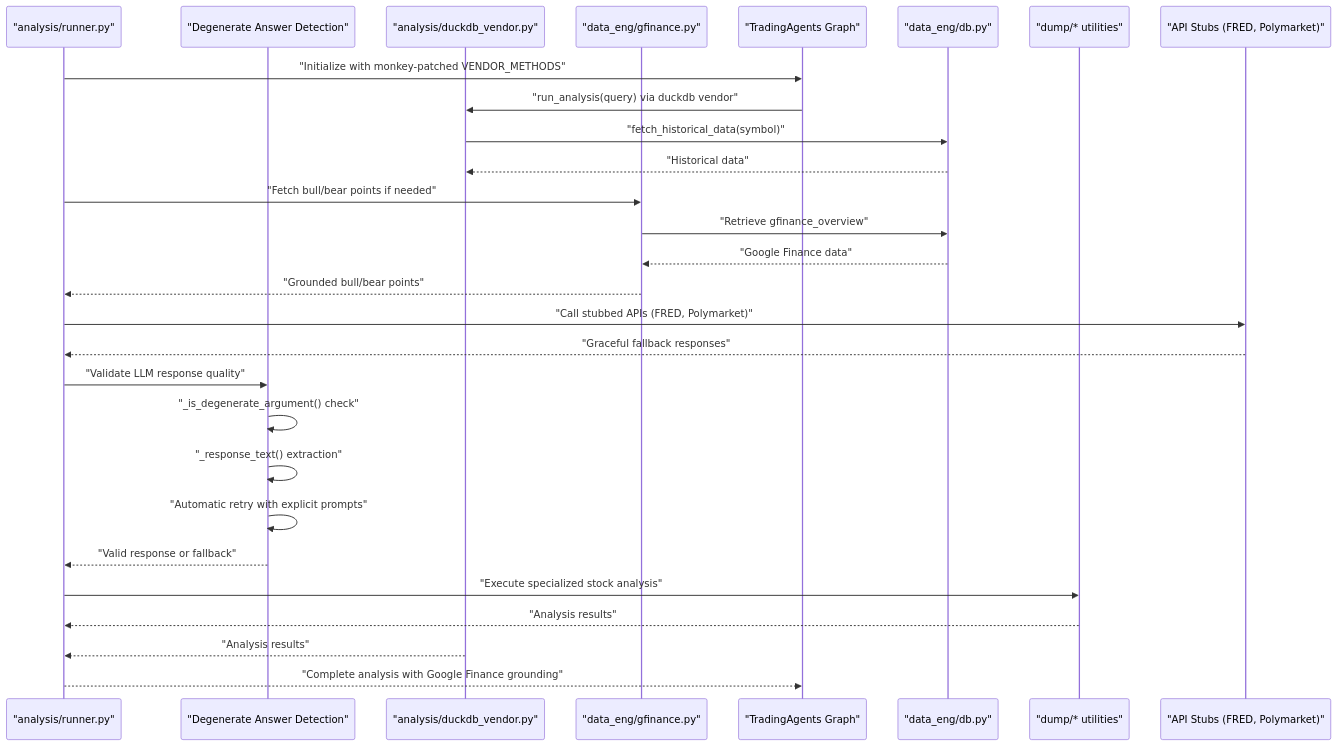
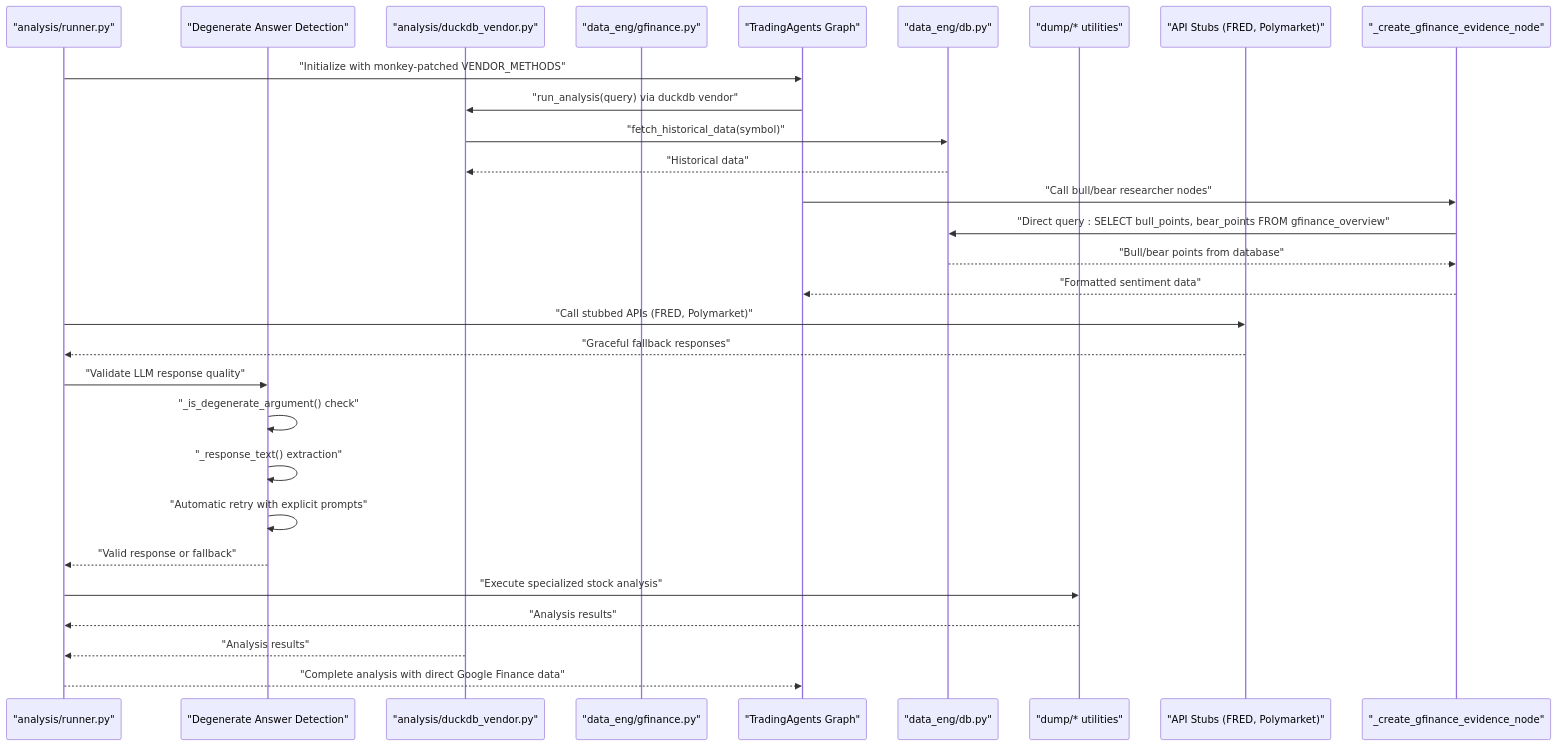
The ninth of 13 diagrams in .qoder/repowiki/en/content/Core Components/Analysis Framework.md (ZengSeng/telegram-bot), drawn with Mermaid before and after one commit. The commit also changed other lines of this file and 11 other files, not shown here.

````diff
--- a/.qoder/repowiki/en/content/Core Components/Analysis Framework.md
+++ b/.qoder/repowiki/en/content/Core Components/Analysis Framework.md
@@ -487,30 +496,31 @@
 ```mermaid
 sequenceDiagram
 participant Runner as "analysis/runner.py"
 participant LLMValidator as "Degenerate Answer Detection"
 participant DuckDB as "analysis/duckdb_vendor.py"
 participant GoogleFinance as "data_eng/gfinance.py"
 participant TradingAgents as "TradingAgents Graph"
 participant DB as "data_eng/db.py"
 participant DumpUtils as "dump/* utilities"
 participant Stubs as "API Stubs (FRED, Polymarket)"
+participant GFINode as "_create_gfinance_evidence_node"
 Runner->>TradingAgents : "Initialize with monkey-patched VENDOR_METHODS"
 TradingAgents->>DuckDB : "run_analysis(query) via duckdb vendor"
 DuckDB->>DB : "fetch_historical_data(symbol)"
 DB-->>DuckDB : "Historical data"
-Runner->>GoogleFinance : "Fetch bull/bear points if needed"
-GoogleFinance->>DB : "Retrieve gfinance_overview"
-DB-->>GoogleFinance : "Google Finance data"
-GoogleFinance-->>Runner : "Grounded bull/bear points"
+TradingAgents->>GFINode : "Call bull/bear researcher nodes"
+GFINode->>DB : "Direct query : SELECT bull_points, bear_points FROM gfinance_overview"
+DB-->>GFINode : "Bull/bear points from database"
+GFINode-->>TradingAgents : "Formatted sentiment data"
 Runner->>Stubs : "Call stubbed APIs (FRED, Polymarket)"
 Stubs-->>Runner : "Graceful fallback responses"
 Runner->>LLMValidator : "Validate LLM response quality"
 LLMValidator->>LLMValidator : "_is_degenerate_argument() check"
 LLMValidator->>LLMValidator : "_response_text() extraction"
 LLMValidator->>LLMValidator : "Automatic retry with explicit prompts"
 LLMValidator-->>Runner : "Valid response or fallback"
 Runner->>DumpUtils : "Execute specialized stock analysis"
 DumpUtils-->>Runner : "Analysis results"
 DuckDB-->>Runner : "Analysis results"
-Runner-->>TradingAgents : "Complete analysis with Google Finance grounding"
+Runner-->>TradingAgents : "Complete analysis with direct Google Finance data"
 ```
````
